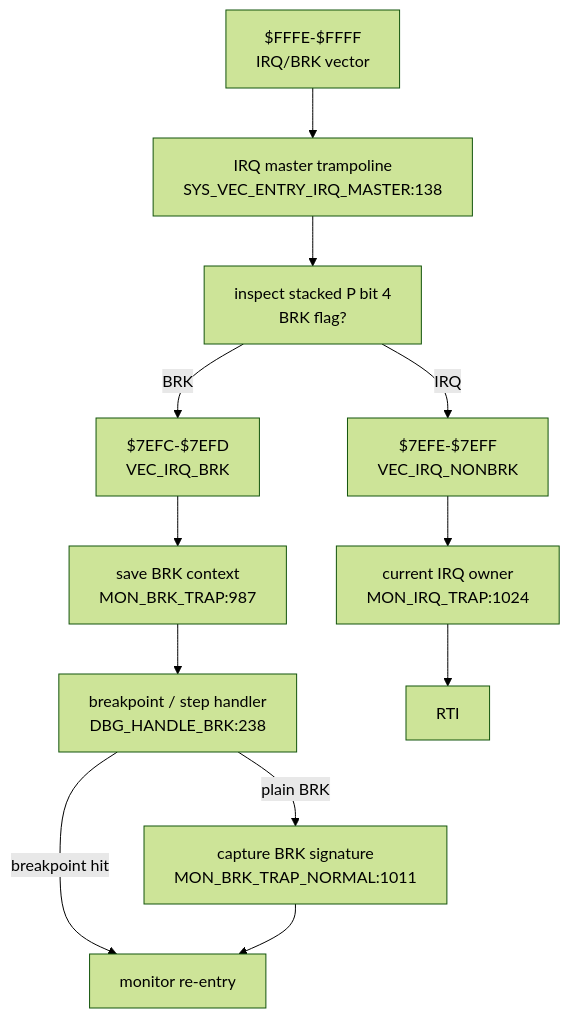
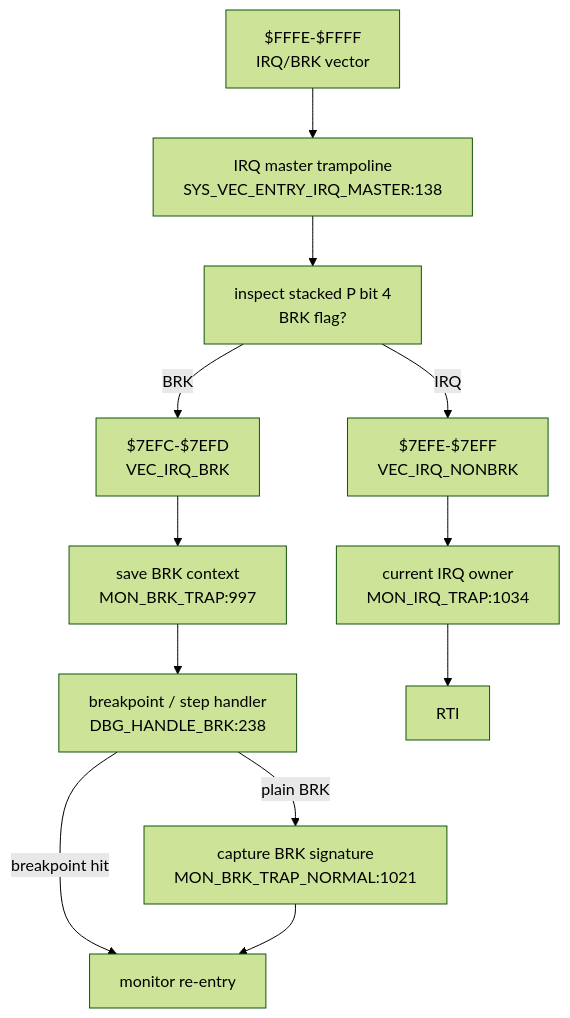
One commit to 95westus/R-YORS changed the fifth of 6 diagrams in DOC/GENERATED/INTERRUPT_VECTOR_MAP.md. Above: the diagram before and after it, drawn with Mermaid (forest theme). The commit also changed other lines of this file and 45 other files, not shown here.

````diff
--- a/DOC/GENERATED/INTERRUPT_VECTOR_MAP.md
+++ b/DOC/GENERATED/INTERRUPT_VECTOR_MAP.md
@@ -75,14 +75,14 @@
 ```mermaid
 flowchart TD
     IRQV["$FFFE-$FFFF<br/>IRQ/BRK vector"] --> IRQMASTER["IRQ master trampoline<br/>SYS_VEC_ENTRY_IRQ_MASTER:138"]
     IRQMASTER --> SPLIT["inspect stacked P bit 4<br/>BRK flag?"]
     SPLIT -->|BRK| VECBRK["$7EFC-$7EFD<br/>VEC_IRQ_BRK"]
     SPLIT -->|IRQ| VECIRQ["$7EFE-$7EFF<br/>VEC_IRQ_NONBRK"]
-    VECBRK --> BRKTRAP["save BRK context<br/>MON_BRK_TRAP:987"]
+    VECBRK --> BRKTRAP["save BRK context<br/>MON_BRK_TRAP:997"]
     BRKTRAP --> DBGBRK["breakpoint / step handler<br/>DBG_HANDLE_BRK:238"]
     DBGBRK -->|breakpoint hit| REENTER["monitor re-entry"]
-    DBGBRK -->|plain BRK| BRKNORMAL["capture BRK signature<br/>MON_BRK_TRAP_NORMAL:1011"]
+    DBGBRK -->|plain BRK| BRKNORMAL["capture BRK signature<br/>MON_BRK_TRAP_NORMAL:1021"]
     BRKNORMAL --> REENTER
-    VECIRQ --> IRQTRAP["current IRQ owner<br/>MON_IRQ_TRAP:1024"]
+    VECIRQ --> IRQTRAP["current IRQ owner<br/>MON_IRQ_TRAP:1034"]
     IRQTRAP --> RTIIRQ["RTI"]
 ```
````
